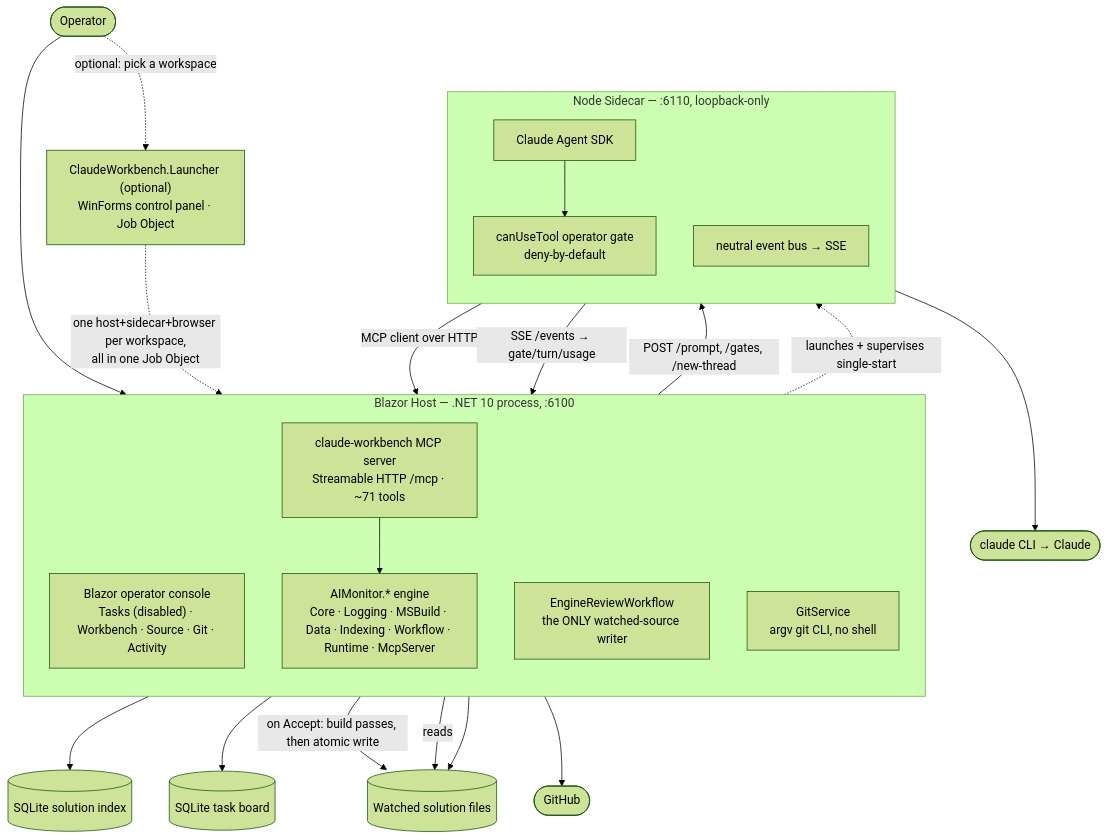
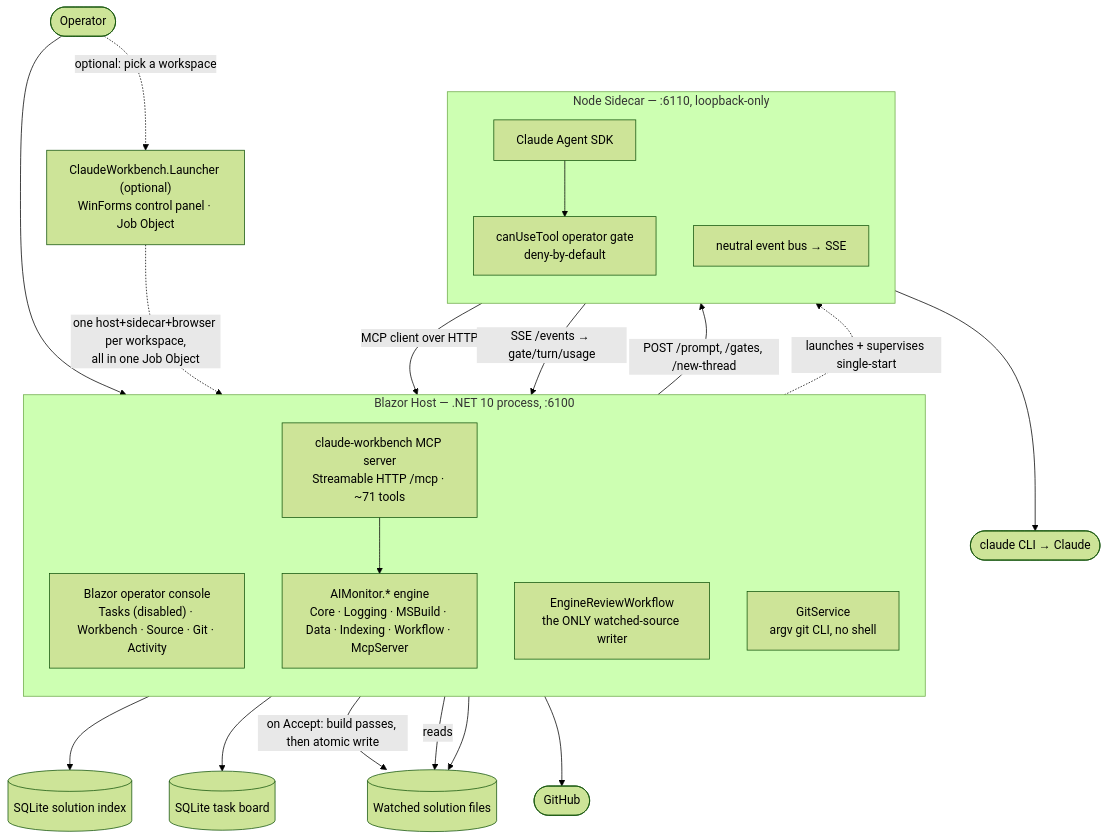
One commit to rdavi10471a2/ClaudeWorkbench changed the second of 5 diagrams in docs/architecture/Architecture.md. Above: the diagram before and after it, drawn with Mermaid (forest theme). The commit also changed other lines of this file and 12 other files, not shown here.

````diff
--- a/docs/architecture/Architecture.md
+++ b/docs/architecture/Architecture.md
@@ -50,44 +50,44 @@
 ```mermaid
 flowchart TB
     operator([Operator])
     launcher["ClaudeWorkbench.Launcher (optional)<br/>WinForms control panel · Job Object"]
 
     subgraph host["Blazor Host — .NET 10 process, :6100"]
         direction TB
         ui["Blazor operator console<br/>Tasks (disabled) · Workbench · Source · Git · Activity"]
         mcp[claude-workbench MCP server<br/>Streamable HTTP /mcp · ~71 tools]
-        engine[AIMonitor.* engine<br/>Core · Logging · MSBuild · Data · Indexing · Workflow · Runtime · McpServer]
+        engine[AIMonitor.* engine<br/>Core · Logging · MSBuild · Data · Indexing · Workflow · McpServer]
         rev[EngineReviewWorkflow<br/>the ONLY watched-source writer]
         git[GitService<br/>argv git CLI, no shell]
     end
 
     subgraph side["Node Sidecar — :6110, loopback-only"]
         direction TB
         sdk[Claude Agent SDK]
         gate[canUseTool operator gate<br/>deny-by-default]
         bus[neutral event bus → SSE]
     end
 
     idx[(SQLite solution index)]
     board[(SQLite task board)]
     watched[(Watched solution files)]
     claudecli([claude CLI → Claude])
     remote([GitHub])
 
     operator --> ui
     ui -->|POST /prompt, /gates, /new-thread| side
     side -->|SSE /events → gate/turn/usage| ui
     sdk --> gate
     sdk -->|MCP client over HTTP| mcp
     sdk --> claudecli
     engine --> idx
     ui --> board
     mcp --> engine
     rev -->|"on Accept: build passes, then atomic write"| watched
     engine -->|reads| watched
     git --> watched
     git --> remote
     host -.->|launches + supervises single-start| side
     operator -.->|optional: pick a workspace| launcher
     launcher -.->|one host+sidecar+browser per workspace,<br/>all in one Job Object| host
 ```
````
